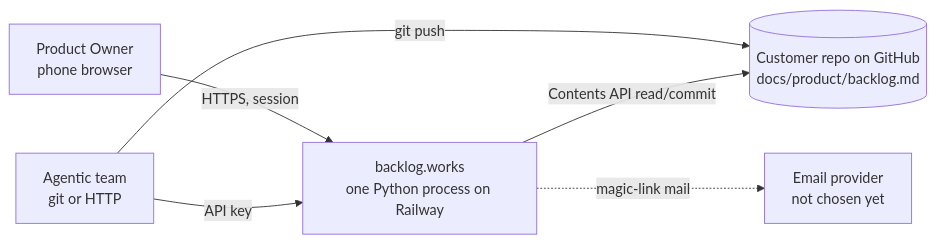
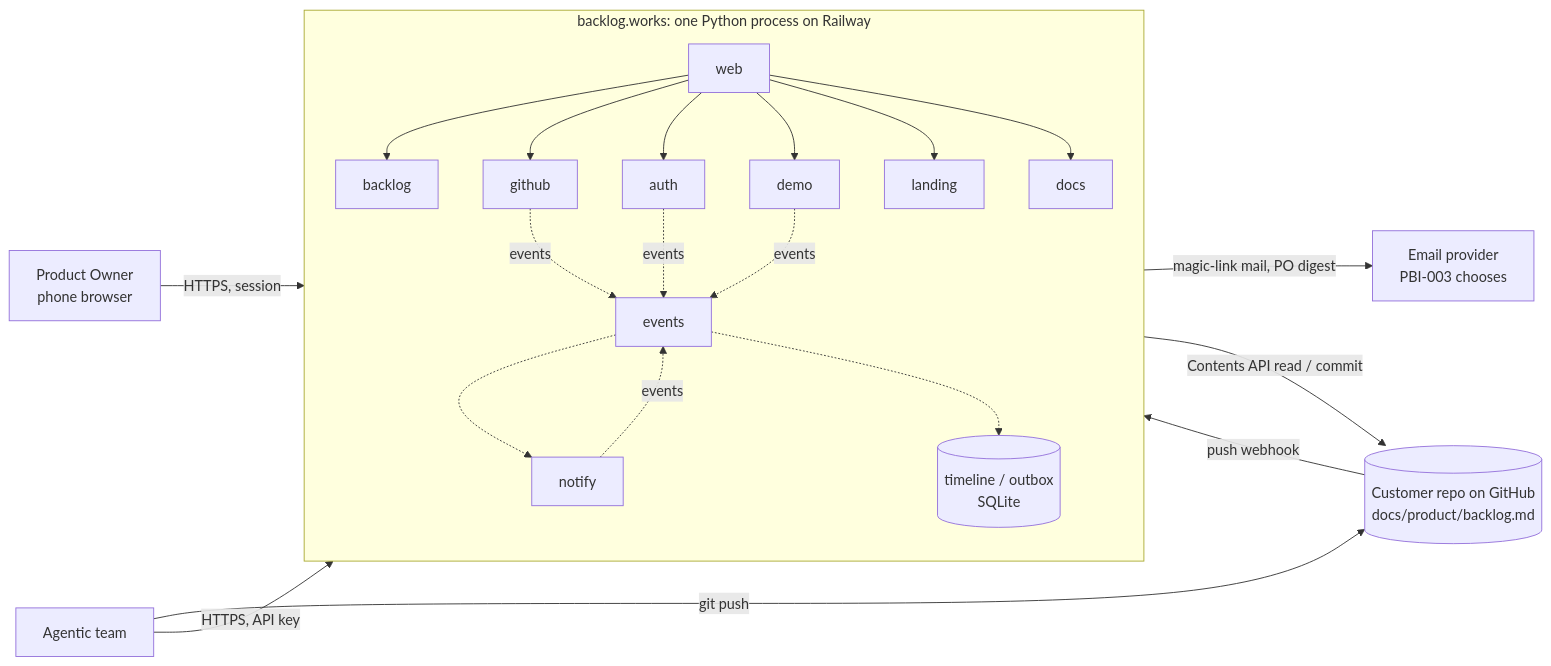
The first of 2 diagrams in docs/architecture.md (priaby/backlog-works), drawn with Mermaid before and after one commit. The commit also changed other lines of this file and 28 other files, not shown here.

First line of the commit message:
feat: event-driven architecture baseline and demo board

````diff
--- a/docs/architecture.md
+++ b/docs/architecture.md
@@ -24,8 +30,15 @@
 ```mermaid
 flowchart LR
-  PO[Product Owner<br/>phone browser] -->|HTTPS, session| BW[backlog.works<br/>one Python process on Railway]
-  AG[Agentic team<br/>git or HTTP] -->|API key| BW
+  PO[Product Owner<br/>phone browser] -->|HTTPS, session| BW
+  AG[Agentic team] -->|HTTPS, API key| BW
   AG -->|git push| GH[(Customer repo on GitHub<br/>docs/product/backlog.md)]
-  BW -->|Contents API read/commit| GH
-  BW -.->|magic-link mail| MAIL[Email provider<br/>not chosen yet]
+  GH -->|push webhook| BW
+  subgraph BW[backlog.works: one Python process on Railway]
+    direction TB
+    web --> backlog & github & auth & demo & landing & docs
+    github & auth & notify & demo -.->|events| events
+    events -.-> notify & timeline[(timeline / outbox<br/>SQLite)]
+  end
+  BW -->|Contents API read / commit| GH
+  notify -->|magic-link mail, PO digest| MAIL[Email provider<br/>PBI-003 chooses]
 ```
````
